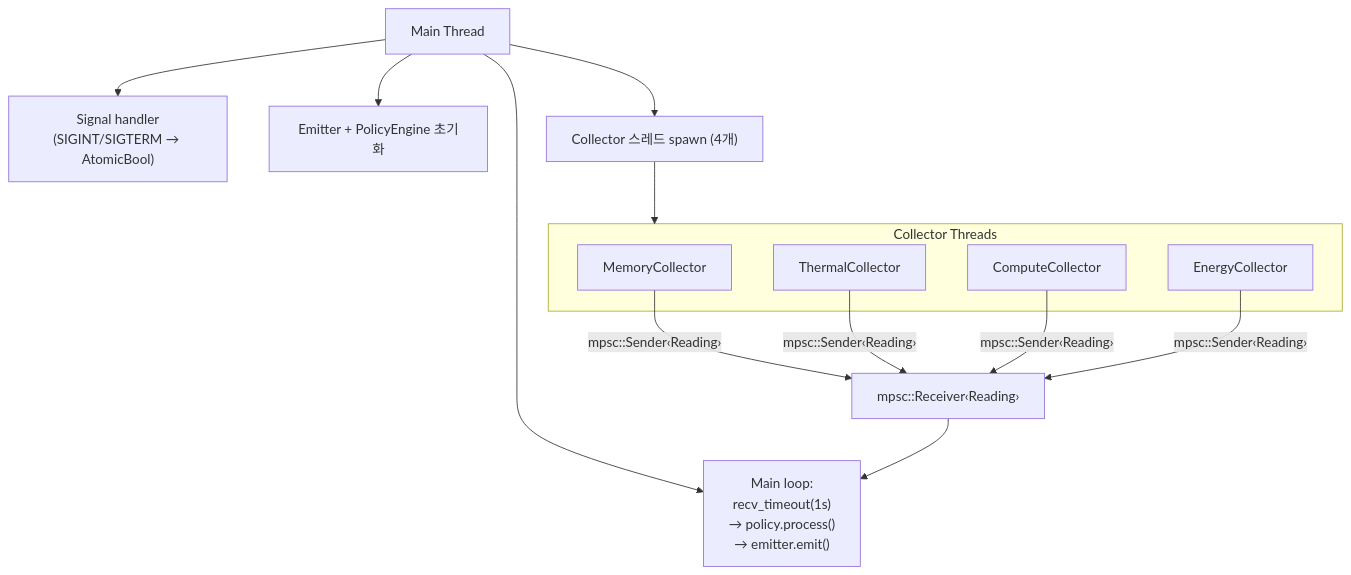
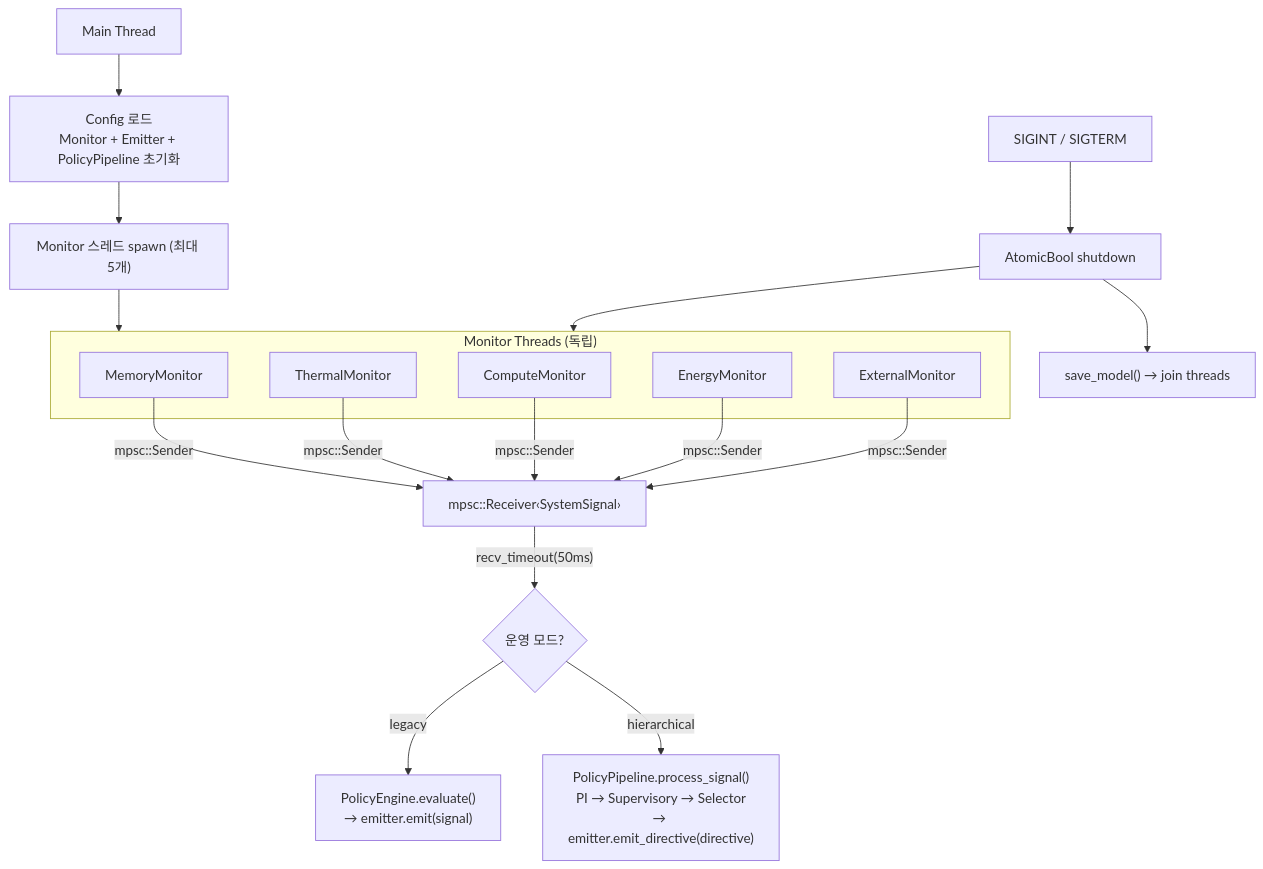
Before and after one commit to hedone21/llm_rs2: the fourth of 4 diagrams in docs/27_manager_architecture.md, drawn with Mermaid. The commit also changed other lines of this file and 10 other files, not shown here.

First line of the commit message:
docs(manager): add hierarchical policy design docs and rewrite architecture

````diff
--- a/docs/27_manager_architecture.md
+++ b/docs/27_manager_architecture.md
@@ -310,21 +347,26 @@
 ```mermaid
 flowchart TD
-    MT["Main Thread"]
+    SIG["SIGINT / SIGTERM"] --> SHUT["AtomicBool shutdown"]
 
-    MT --> SH["Signal handler<br/>(SIGINT/SIGTERM → AtomicBool)"]
-    MT --> INIT["Emitter + PolicyEngine 초기화"]
-    MT --> SPAWN["Collector 스레드 spawn (4개)"]
+    MT["Main Thread"] --> INIT["Config 로드<br/>Monitor + Emitter + PolicyPipeline 초기화"]
+    INIT --> SPAWN["Monitor 스레드 spawn (최대 5개)"]
 
-    subgraph Threads["Collector Threads"]
-        T1["MemoryCollector"]
-        T2["ThermalCollector"]
-        T3["ComputeCollector"]
-        T4["EnergyCollector"]
+    subgraph MonitorThreads["Monitor Threads (독립)"]
+        T1["MemoryMonitor"]
+        T2["ThermalMonitor"]
+        T3["ComputeMonitor"]
+        T4["EnergyMonitor"]
+        T5["ExternalMonitor"]
     end
 
-    SPAWN --> Threads
-    T1 & T2 & T3 & T4 -- "mpsc::Sender‹Reading›" --> RX["mpsc::Receiver‹Reading›"]
+    SPAWN --> MonitorThreads
+    T1 & T2 & T3 & T4 & T5 -- "mpsc::Sender" --> RX["mpsc::Receiver‹SystemSignal›"]
 
-    MT --> LOOP["Main loop:<br/>recv_timeout(1s)<br/>→ policy.process()<br/>→ emitter.emit()"]
-    RX --> LOOP
+    RX -- "recv_timeout(50ms)" --> LOOP{"운영 모드?"}
+
+    LOOP -- "legacy" --> LEGACY["PolicyEngine.evaluate()<br/>→ emitter.emit(signal)"]
+    LOOP -- "hierarchical" --> HIER["PolicyPipeline.process_signal()<br/>PI → Supervisory → Selector<br/>→ emitter.emit_directive(directive)"]
+
+    SHUT --> MonitorThreads
+    SHUT --> DONE["save_model() → join threads"]
 ```
````
